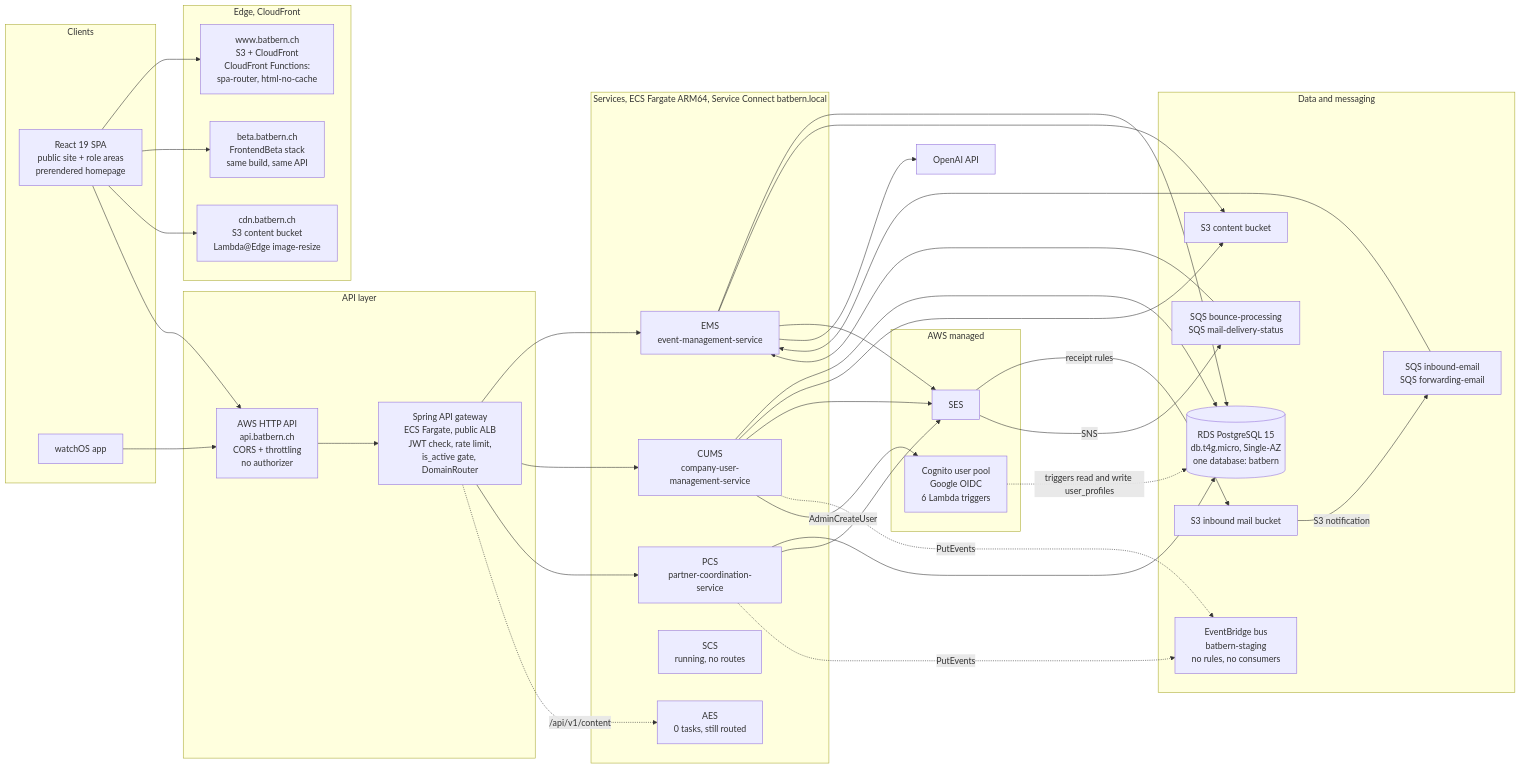
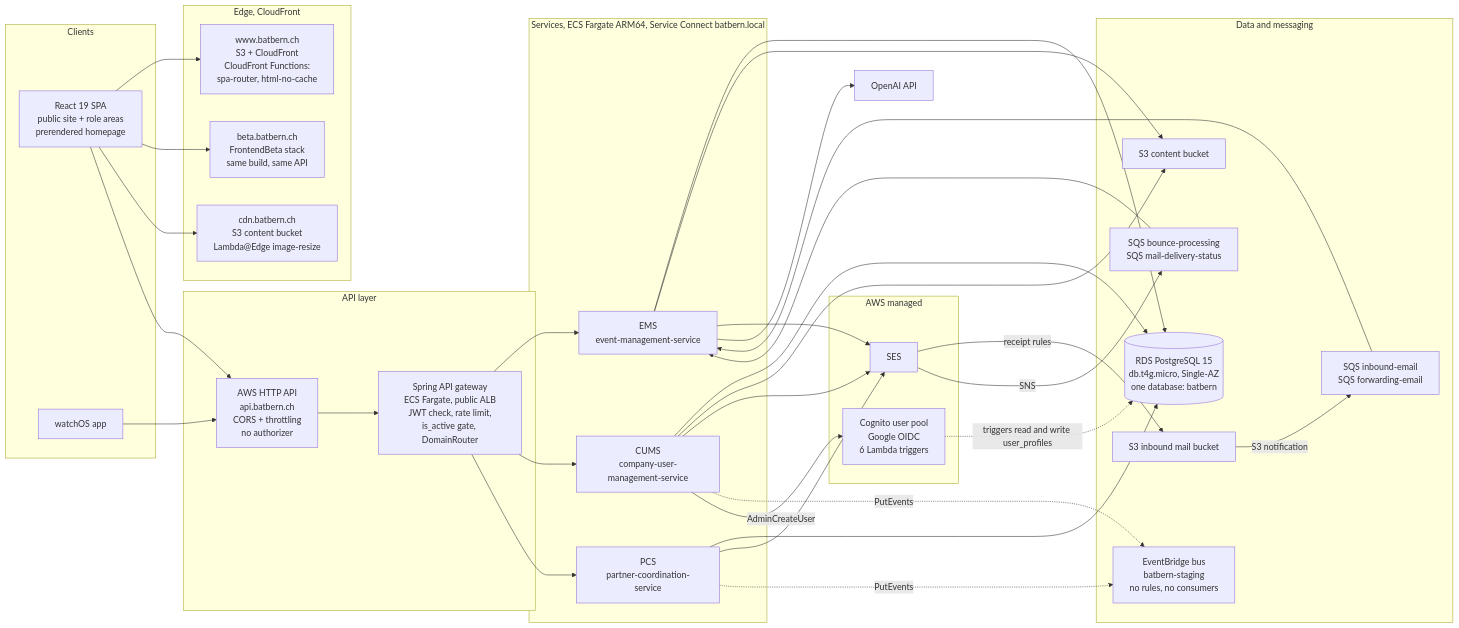
One commit to nissimbuchs/BATbern2 changed the third of 8 diagrams in docs/architecture/01-system-overview.md. Above: the diagram before and after it, drawn with Mermaid. The commit also changed other lines of this file and 100 other files, not shown here.

````diff
--- a/docs/architecture/01-system-overview.md
+++ b/docs/architecture/01-system-overview.md
@@ -140,67 +136,64 @@
 ```mermaid
 flowchart LR
     subgraph clients["Clients"]
         SPA["React 19 SPA<br/>public site + role areas<br/>prerendered homepage"]
         WAPP["watchOS app"]
     end
 
     subgraph edge["Edge, CloudFront"]
         WWW["www.batbern.ch<br/>S3 + CloudFront<br/>CloudFront Functions:<br/>spa-router, html-no-cache"]
         BETA["beta.batbern.ch<br/>FrontendBeta stack<br/>same build, same API"]
         CDNB["cdn.batbern.ch<br/>S3 content bucket<br/>Lambda@Edge image-resize"]
     end
 
     subgraph api["API layer"]
         HTTPAPI["AWS HTTP API<br/>api.batbern.ch<br/>CORS + throttling<br/>no authorizer"]
         GW["Spring API gateway<br/>ECS Fargate, public ALB<br/>JWT check, rate limit,<br/>is_active gate, DomainRouter"]
     end
 
     subgraph svc["Services, ECS Fargate ARM64, Service Connect batbern.local"]
         EMS["EMS<br/>event-management-service"]
         CUMS["CUMS<br/>company-user-management-service"]
         PCS["PCS<br/>partner-coordination-service"]
-        SCS["SCS<br/>running, no routes"]
-        AES["AES<br/>0 tasks, still routed"]
     end
 
     subgraph data["Data and messaging"]
         RDS[("RDS PostgreSQL 15<br/>db.t4g.micro, Single-AZ<br/>one database: batbern")]
         S3C["S3 content bucket"]
         S3M["S3 inbound mail bucket"]
         SQSIN["SQS inbound-email<br/>SQS forwarding-email"]
         SQSOUT["SQS bounce-processing<br/>SQS mail-delivery-status"]
         EB["EventBridge bus<br/>batbern-staging<br/>no rules, no consumers"]
     end
 
     subgraph aws["AWS managed"]
         COG["Cognito user pool<br/>Google OIDC<br/>6 Lambda triggers"]
         SES["SES"]
     end
 
     OAI["OpenAI API"]
 
     SPA --> WWW
     SPA --> BETA
     SPA --> CDNB
     SPA --> HTTPAPI
     WAPP --> HTTPAPI
     HTTPAPI --> GW
     GW --> EMS
     GW --> CUMS
     GW --> PCS
-    GW -.->|"/api/v1/content"| AES
     EMS & CUMS & PCS --> RDS
     EMS & CUMS --> S3C
     EMS --> SES
     CUMS --> SES
     PCS --> SES
     SES -->|"receipt rules"| S3M
     S3M -->|"S3 notification"| SQSIN
     SQSIN --> EMS
     SES -->|"SNS"| SQSOUT
     SQSOUT --> EMS
     CUMS & PCS -.->|"PutEvents"| EB
     EMS --> OAI
     COG -.->|"triggers read and write user_profiles"| RDS
     CUMS -->|"AdminCreateUser"| COG
 ```
````
